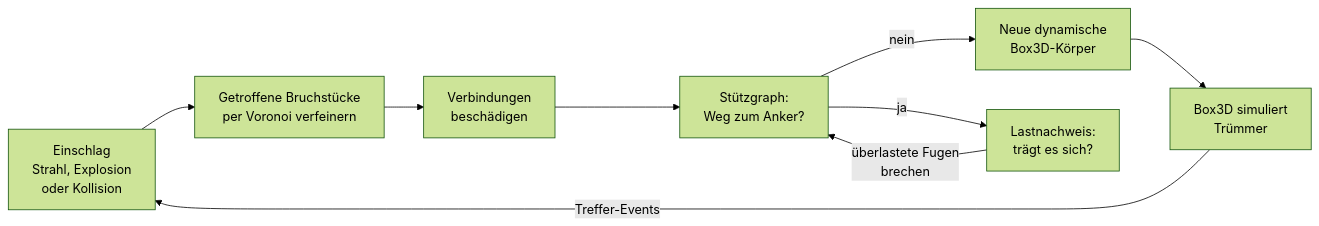
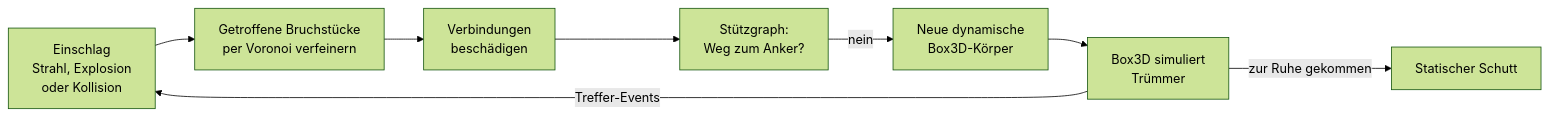
Before and after one commit to Holz231/Nebenan: the diagram in README.md, drawn with Mermaid (forest theme). The commit also changed other lines of this file and 19 other files, not shown here.

````diff
--- a/README.md
+++ b/README.md
@@ -153,11 +142,10 @@
 ```mermaid
 flowchart LR
     A[Einschlag<br/>Strahl, Explosion<br/>oder Kollision] --> B[Getroffene Bruchstücke<br/>per Voronoi verfeinern]
     B --> C[Verbindungen<br/>beschädigen]
     C --> D[Stützgraph:<br/>Weg zum Anker?]
     D -->|nein| E[Neue dynamische<br/>Box3D-Körper]
-    D -->|ja| F[Lastnachweis:<br/>trägt es sich?]
-    F -->|überlastete Fugen<br/>brechen| D
     E --> G[Box3D simuliert<br/>Trümmer]
     G -->|Treffer-Events| A
+    G -->|zur Ruhe gekommen| H[Statischer Schutt]
 ```
````
